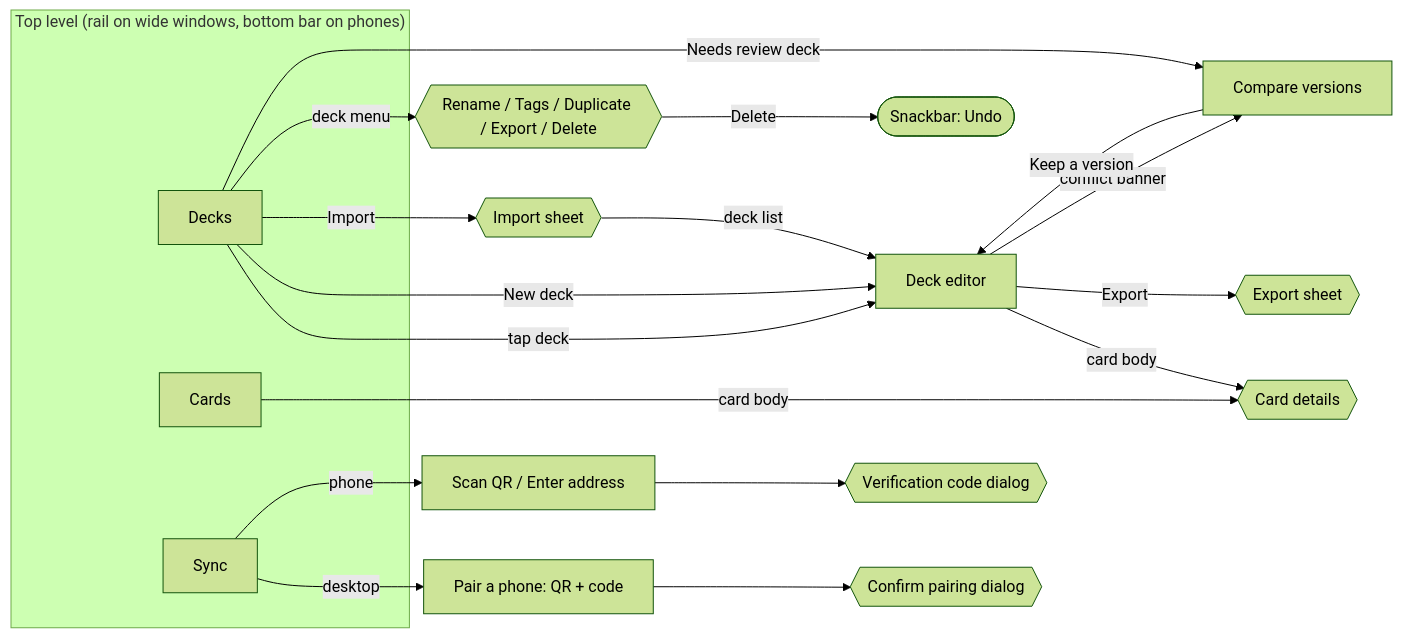
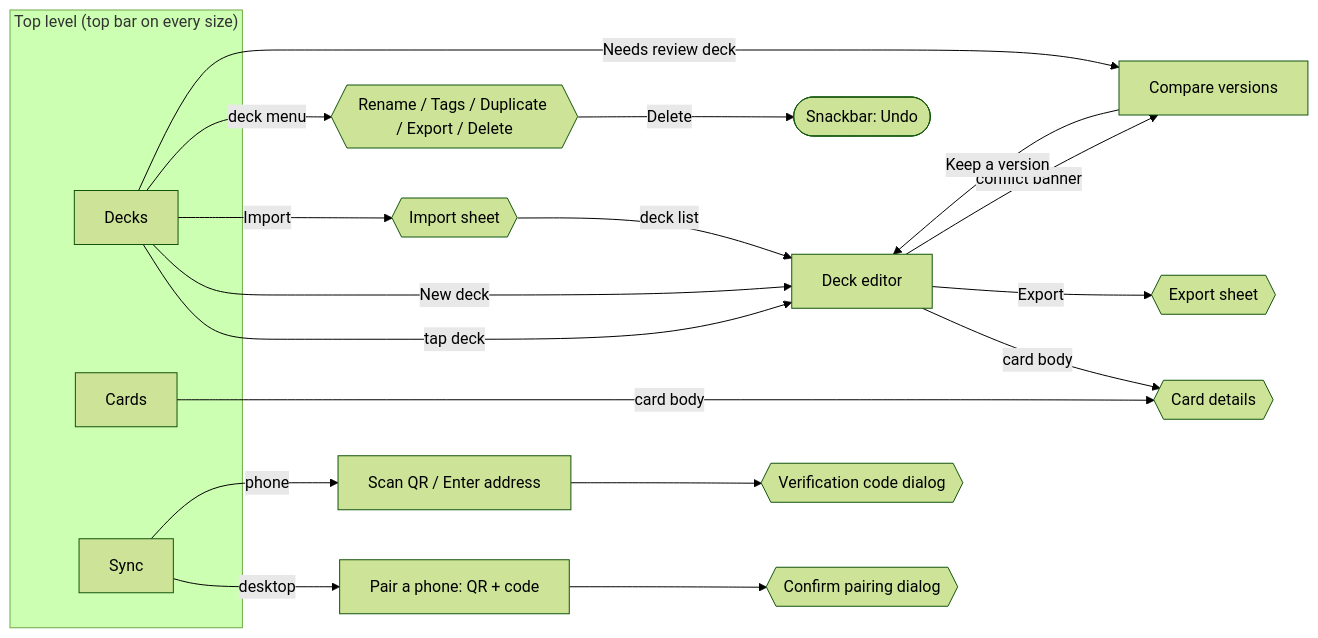
One commit to tsunsora/lock-on changed the diagram in docs/UX_MAP.md. Above: the diagram before and after it, drawn with Mermaid (forest theme). The commit also changed other lines of this file and 2 other files, not shown here.

Commit message:
Move navigation to a top bar on every screen size
Replaces the phone bottom bar and the desktop side rail with one top bar:
reticle, wordmark on wide windows, and the three destinations with icons,
labels and an amber underline. UX rules N5, R3 and C1 and the UX map are
updated to match.

````diff
--- a/docs/UX_MAP.md
+++ b/docs/UX_MAP.md
@@ -7,28 +7,28 @@
 ```mermaid
 flowchart LR
-    subgraph Top["Top level (rail on wide windows, bottom bar on phones)"]
+    subgraph Top["Top level (top bar on every size)"]
         D[Decks]
         C[Cards]
         S[Sync]
     end
 
     D -->|tap deck| E[Deck editor]
     D -->|New deck| E
     D -->|Import| IMP{{Import sheet}}
     IMP -->|deck list| E
     D -->|deck menu| DM{{Rename / Tags / Duplicate / Export / Delete}}
     DM -->|Delete| UNDO([Snackbar: Undo])
     D -->|"Needs review" deck| X[Compare versions]
 
     E -->|card body| CD{{Card details}}
     E -->|Export| EXP{{Export sheet}}
     E -->|conflict banner| X
     X -->|Keep a version| E
 
     C -->|card body| CD
 
     S -->|desktop| QR[Pair a phone: QR + code]
     S -->|phone| SC[Scan QR / Enter address]
     QR --> CONF{{Confirm pairing dialog}}
     SC --> VER{{Verification code dialog}}
 ```
````
